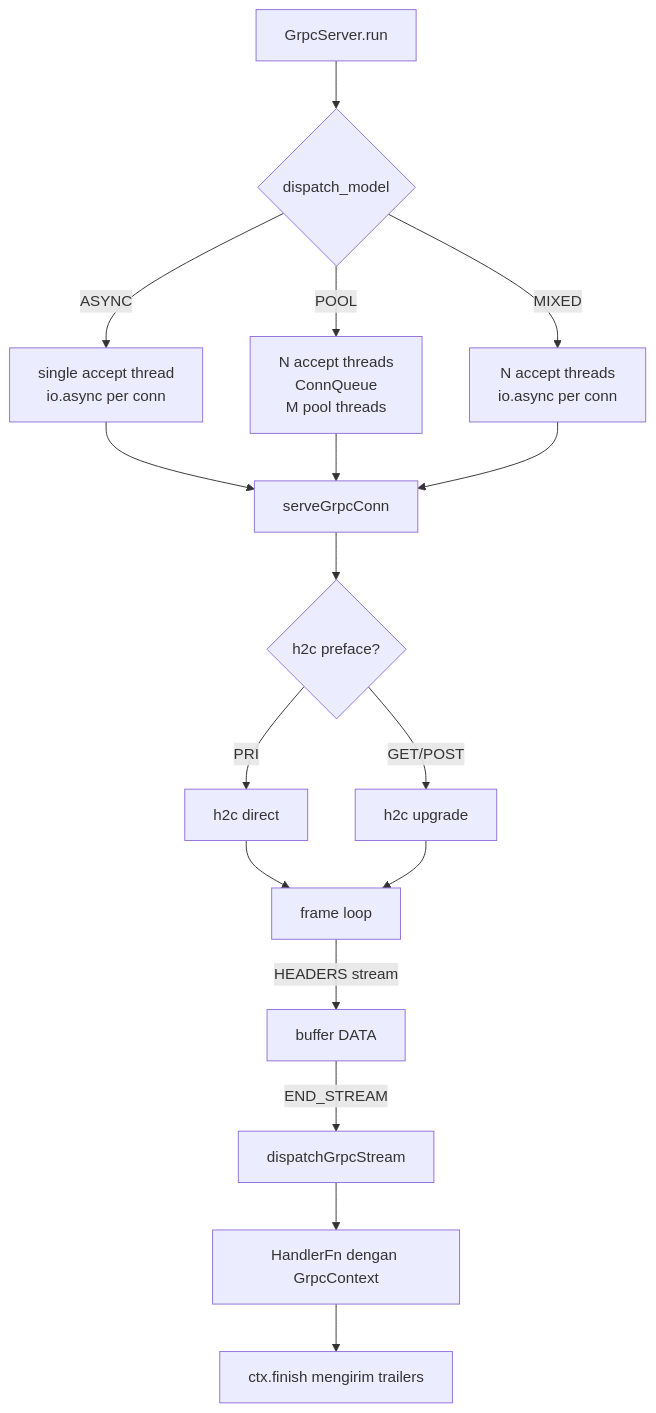
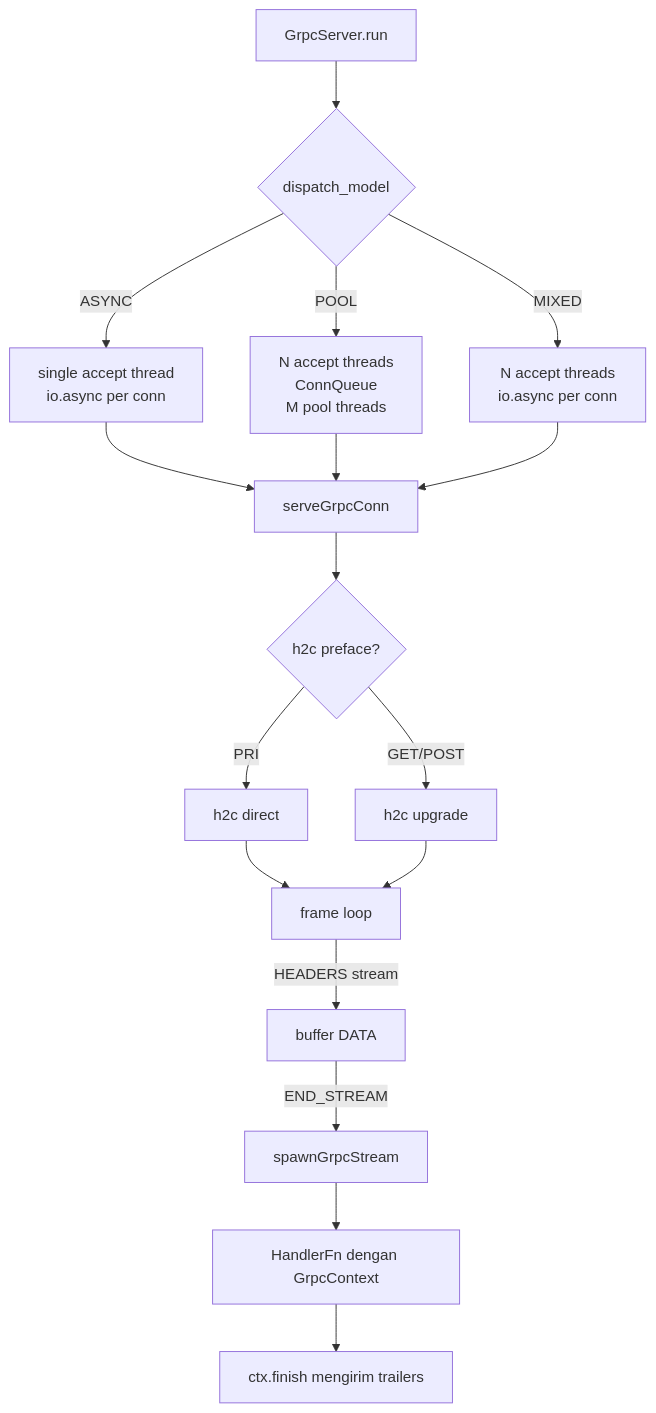
The third of 4 diagrams in docs/hld-grpc-id.md (prothegee/zix), drawn with Mermaid before and after one commit. The commit also changed other lines of this file and 1 other file, not shown here.

Commit message:
concurrent now runs on dedicated per-stream thread

````diff
--- a/docs/hld-grpc-id.md
+++ b/docs/hld-grpc-id.md
@@ -312,19 +313,19 @@
 ```mermaid
 flowchart TD
     A[GrpcServer.run] --> B{dispatch_model}
     B -->|ASYNC| C[single accept thread\nio.async per conn]
     B -->|POOL| D[N accept threads\nConnQueue\nM pool threads]
     B -->|MIXED| E[N accept threads\nio.async per conn]
     C --> F[serveGrpcConn]
     D --> F
     E --> F
     F --> G{h2c preface?}
     G -->|PRI| H[h2c direct]
     G -->|GET/POST| I[h2c upgrade]
     H --> J[frame loop]
     I --> J
     J -->|HEADERS stream| K[buffer DATA]
-    K -->|END_STREAM| L[dispatchGrpcStream]
+    K -->|END_STREAM| L[spawnGrpcStream]
     L --> M[HandlerFn dengan GrpcContext]
     M --> N[ctx.finish mengirim trailers]
 ```
````
